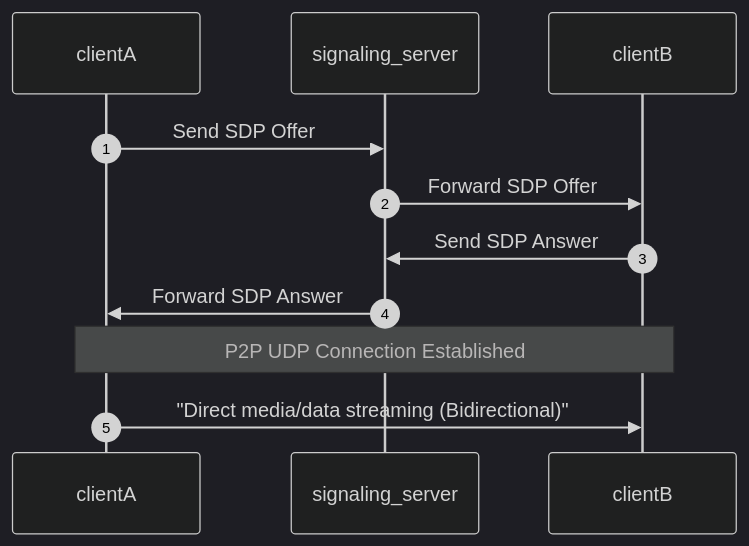
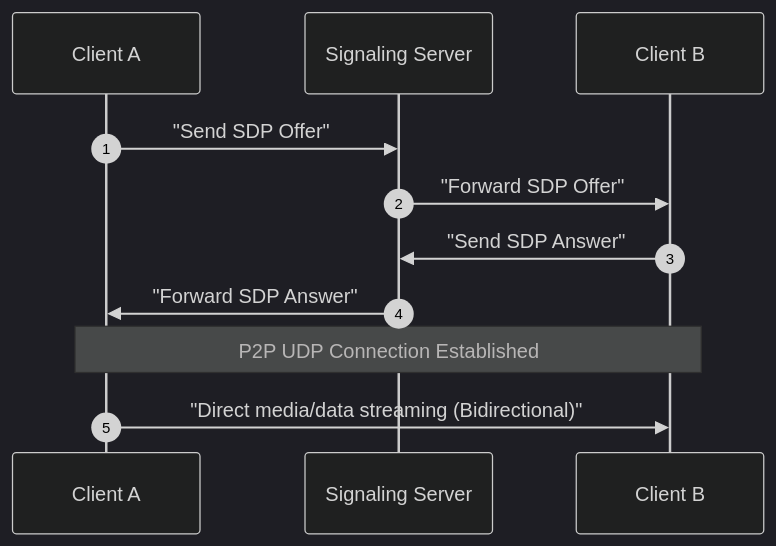
Before and after one commit to weifengcao/deep_system_design: the fifth of 7 diagrams in Patterns/01_realtime_updates.md, drawn with Mermaid (dark theme). The commit also changed other lines of this file and 1 other file, not shown here.

First line of the commit message:
fix: resolve remaining Mermaid rendering issues in 01 and 02

````diff
--- a/Patterns/01_realtime_updates.md
+++ b/Patterns/01_realtime_updates.md
@@ -122,10 +130,13 @@
 ```mermaid
 sequenceDiagram
     autonumber
-    clientA->>signaling_server: Send SDP Offer
-    signaling_server->>clientB: Forward SDP Offer
-    clientB->>signaling_server: Send SDP Answer
-    signaling_server->>clientA: Forward SDP Answer
+    participant clientA as Client A
+    participant sig as Signaling Server
+    participant clientB as Client B
+    clientA->>sig: "Send SDP Offer"
+    sig->>clientB: "Forward SDP Offer"
+    clientB->>sig: "Send SDP Answer"
+    sig->>clientA: "Forward SDP Answer"
     Note over clientA,clientB: P2P UDP Connection Established
     clientA->>clientB: "Direct media/data streaming (Bidirectional)"
 ```
````
